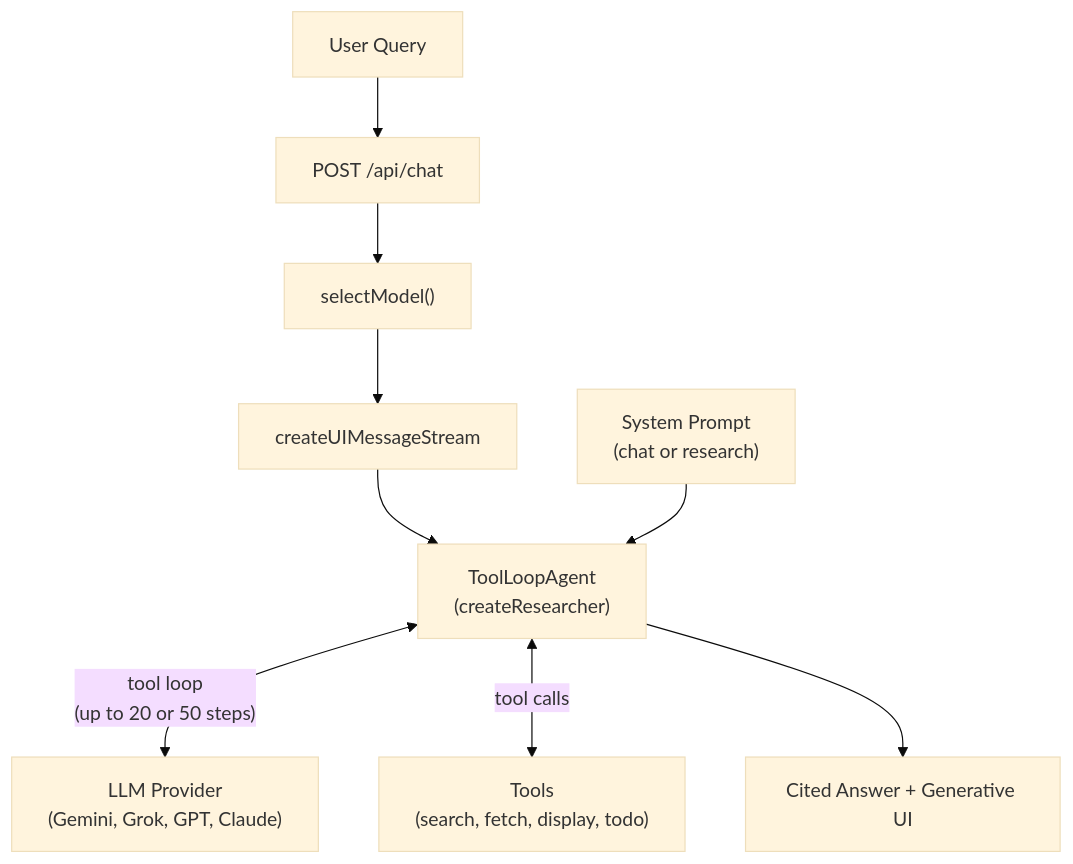
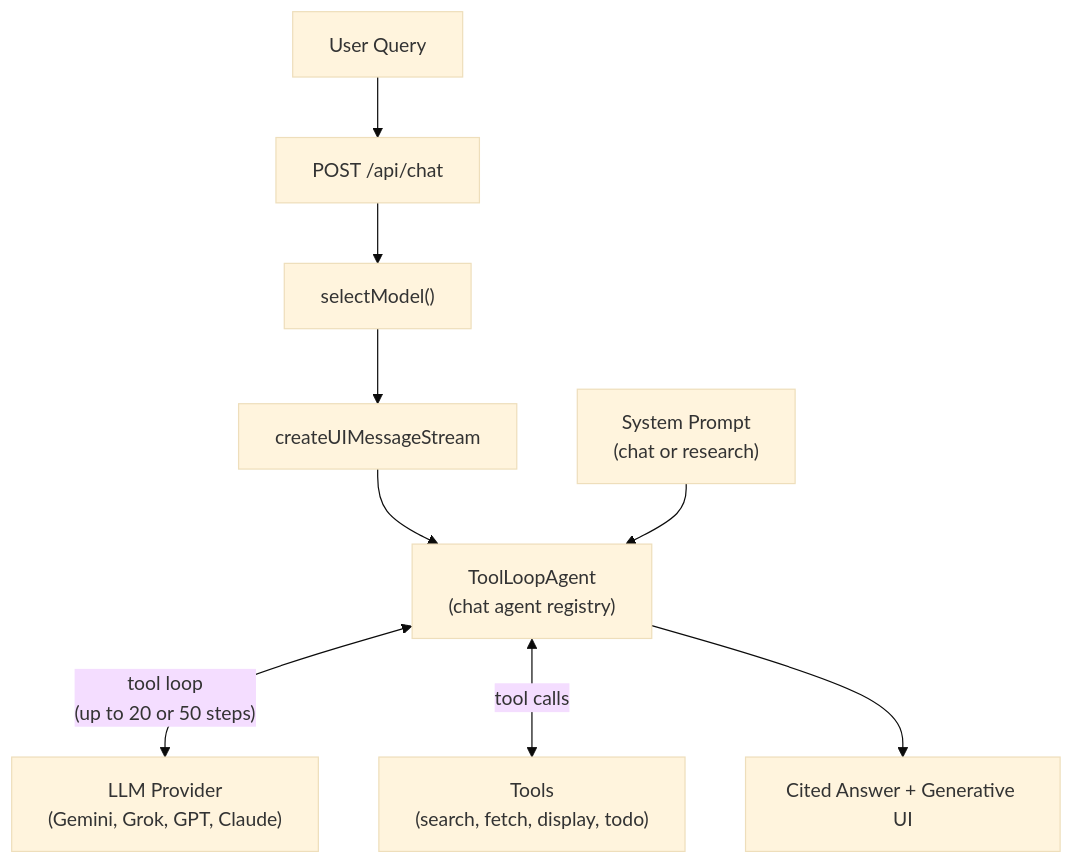
Before and after one commit to NickB03/polymorph: the first of 5 diagrams in docs/architecture/RESEARCH-AGENT.md, drawn with Mermaid (base theme). The commit also changed other lines of this file and 65 other files, not shown here.

````diff
--- a/docs/architecture/RESEARCH-AGENT.md
+++ b/docs/architecture/RESEARCH-AGENT.md
@@ -31,18 +31,18 @@
 ```mermaid
 graph TD
     User["User Query"]
     Route["POST /api/chat"]
     Select["selectModel()"]
     Stream["createUIMessageStream"]
-    Agent["ToolLoopAgent<br/>(createResearcher)"]
+    Agent["ToolLoopAgent<br/>(chat agent registry)"]
     Prompt["System Prompt<br/>(chat or research)"]
     Tools["Tools<br/>(search, fetch, display, todo)"]
     LLM["LLM Provider<br/>(Gemini, Grok, GPT, Claude)"]
     Answer["Cited Answer + Generative UI"]
 
     User --> Route --> Select --> Stream --> Agent
     Prompt --> Agent
     Agent <-->|"tool loop<br/>(up to 20 or 50 steps)"| LLM
     Agent <-->|"tool calls"| Tools
     Agent --> Answer
 ```
````
